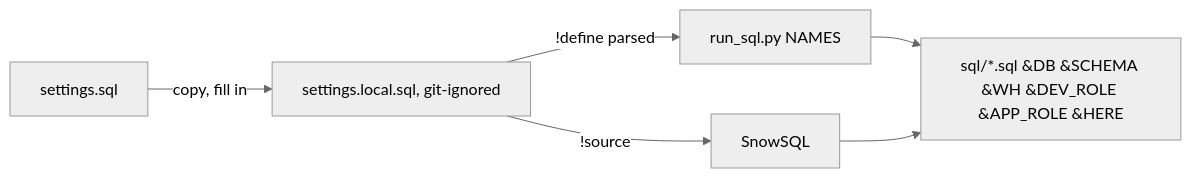
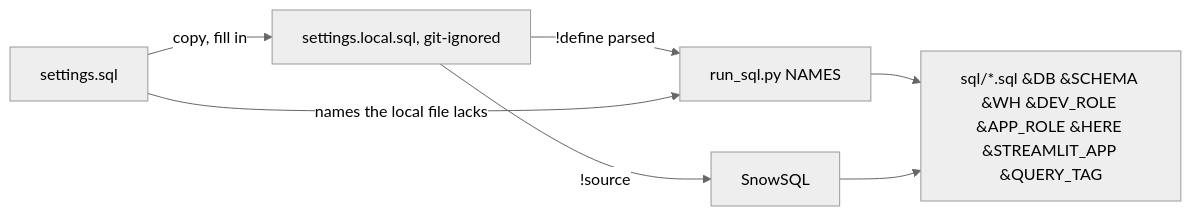
One commit to darshanmeel/snowflake-access-explorer changed the diagram in snowflake-access-explorer-knowledge-graph/documents/settings-sql.md. Above: the diagram before and after it, drawn with Mermaid (neutral theme). The commit also changed other lines of this file and 67 other files, not shown here.

Commit message:
Knowledge graph: QUERY_TAG and STREAMLIT_APP settings, run_sql.py fallback, access.py line refs after 4386 corrected

````diff
--- a/snowflake-access-explorer-knowledge-graph/documents/settings-sql.md
+++ b/snowflake-access-explorer-knowledge-graph/documents/settings-sql.md
@@ -4,8 +4,9 @@
 ```mermaid
 flowchart LR
   T[settings.sql] -->|copy, fill in| L[settings.local.sql, git-ignored]
   L -->|!define parsed| R[run_sql.py NAMES]
+  T -->|names the local file lacks| R
   L -->|!source| S[SnowSQL]
-  R --> SQL[sql/*.sql &DB &SCHEMA &WH &DEV_ROLE &APP_ROLE &HERE]
+  R --> SQL[sql/*.sql &DB &SCHEMA &WH &DEV_ROLE &APP_ROLE &HERE &STREAMLIT_APP &QUERY_TAG]
   S --> SQL
 ```
````
